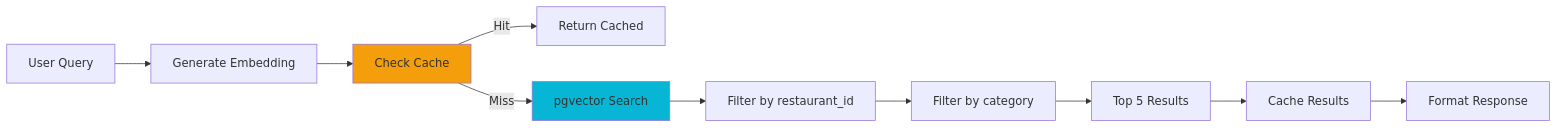
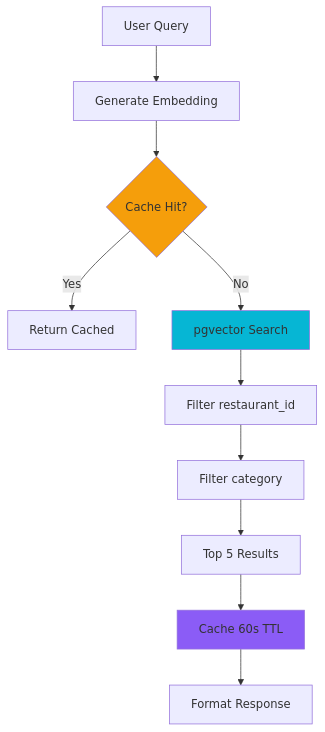
Before and after one commit to StephaneWamba/CallEats: the sixth of 11 diagrams in docs/architecture.md, drawn with Mermaid. The commit also changed other lines of this file and 1 other file, not shown here.

Commit message:
Enhance docs with Mermaid diagrams and reduce verbosity

````diff
--- a/docs/architecture.md
+++ b/docs/architecture.md
@@ -148,15 +176,16 @@
 ```mermaid
-graph LR
+graph TB
     A[User Query] --> B[Generate Embedding]
-    B --> C[Check Cache]
-    C -->|Hit| D[Return Cached]
-    C -->|Miss| E[pgvector Search]
-    E --> F[Filter by restaurant_id]
-    F --> G[Filter by category]
+    B --> C{Cache Hit?}
+    C -->|Yes| D[Return Cached]
+    C -->|No| E[pgvector Search]
+    E --> F[Filter restaurant_id]
+    F --> G[Filter category]
     G --> H[Top 5 Results]
-    H --> I[Cache Results]
+    H --> I[Cache 60s TTL]
     I --> J[Format Response]
-
+    
     style C fill:#f59e0b
     style E fill:#06b6d4
+    style I fill:#8b5cf6
 ```
````
